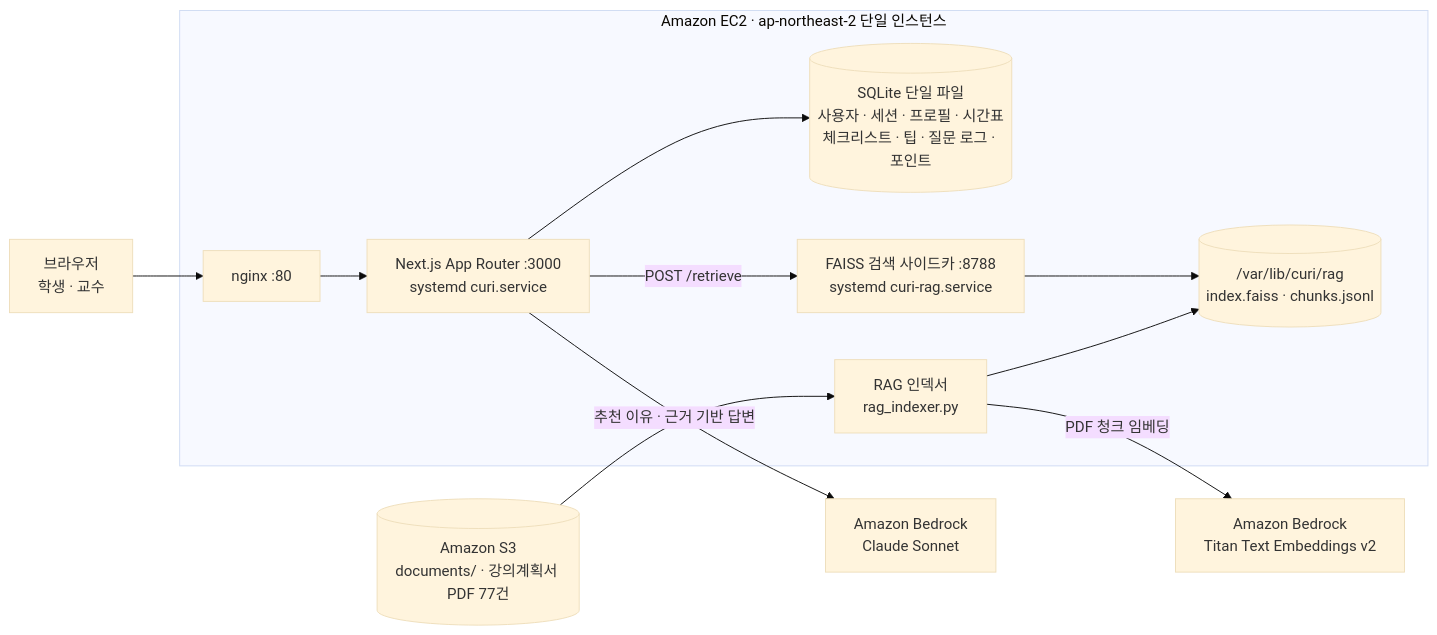
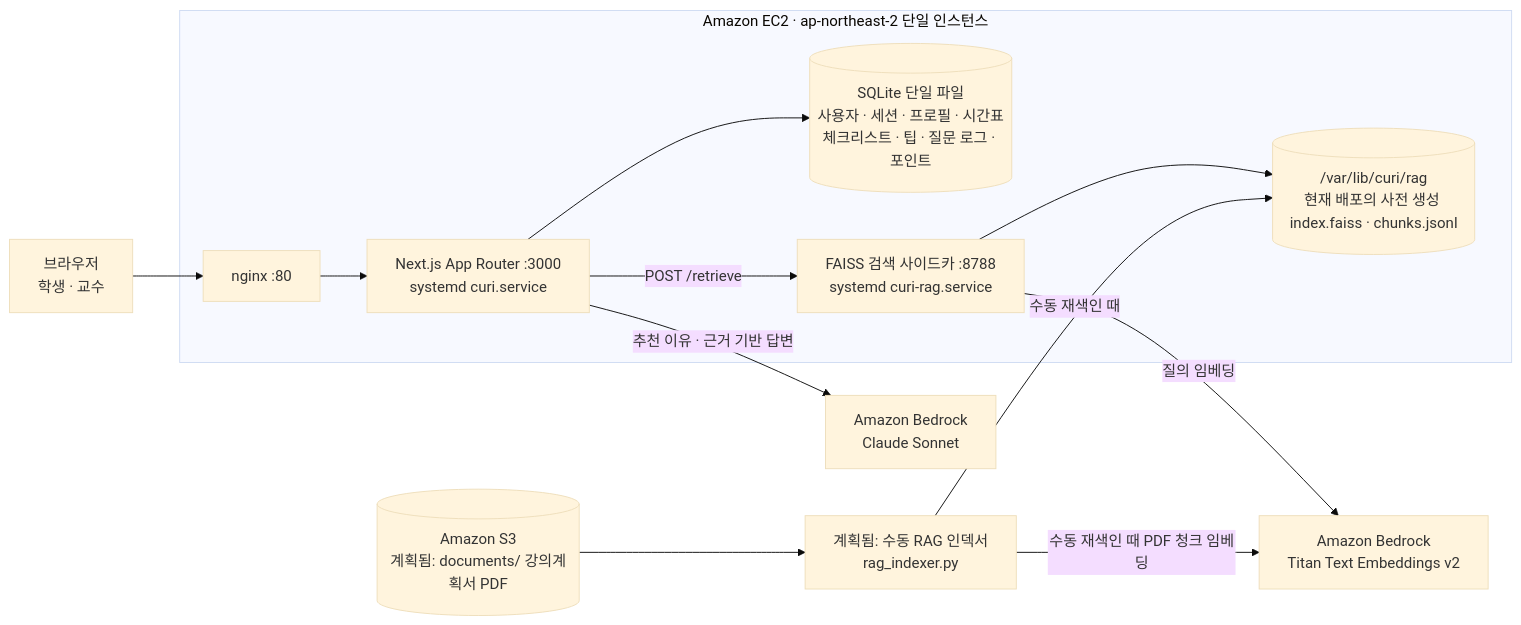
One commit to HUNMINRYU/BTS-curi-mvp changed the diagram in docs/architecture.md. Above: the diagram before and after it, drawn with Mermaid (base theme). The commit also changed other lines of this file and 18 other files, not shown here.

````diff
--- a/docs/architecture.md
+++ b/docs/architecture.md
@@ -5,16 +5,17 @@
 ```mermaid
 flowchart LR
   USER["브라우저<br/>학생 · 교수"] --> NGINX
 
   subgraph EC2["Amazon EC2 · ap-northeast-2 단일 인스턴스"]
     NGINX["nginx :80"] --> APP["Next.js App Router :3000<br/>systemd curi.service"]
     APP --> SQLITE[("SQLite 단일 파일<br/>사용자 · 세션 · 프로필 · 시간표<br/>체크리스트 · 팁 · 질문 로그 · 포인트")]
     APP -->|"POST /retrieve"| SIDECAR["FAISS 검색 사이드카 :8788<br/>systemd curi-rag.service"]
-    SIDECAR --> INDEX[("/var/lib/curi/rag<br/>index.faiss · chunks.jsonl")]
-    INDEXER["RAG 인덱서<br/>rag_indexer.py"] --> INDEX
+    SIDECAR --> INDEX[("/var/lib/curi/rag<br/>현재 배포의 사전 생성 index.faiss · chunks.jsonl")]
   end
 
-  S3[("Amazon S3<br/>documents/ · 강의계획서 PDF 77건")] --> INDEXER
   APP -->|"추천 이유 · 근거 기반 답변"| SONNET["Amazon Bedrock<br/>Claude Sonnet"]
-  INDEXER -->|"PDF 청크 임베딩"| TITAN["Amazon Bedrock<br/>Titan Text Embeddings v2"]
+  SIDECAR -->|"질의 임베딩"| TITAN["Amazon Bedrock<br/>Titan Text Embeddings v2"]
+  S3[("Amazon S3<br/>계획됨: documents/ 강의계획서 PDF")] --> INDEXER["계획됨: 수동 RAG 인덱서<br/>rag_indexer.py"]
+  INDEXER -->|"수동 재색인 때 PDF 청크 임베딩"| TITAN
+  INDEXER -->|"수동 재색인 때"| INDEX
 ```
````
